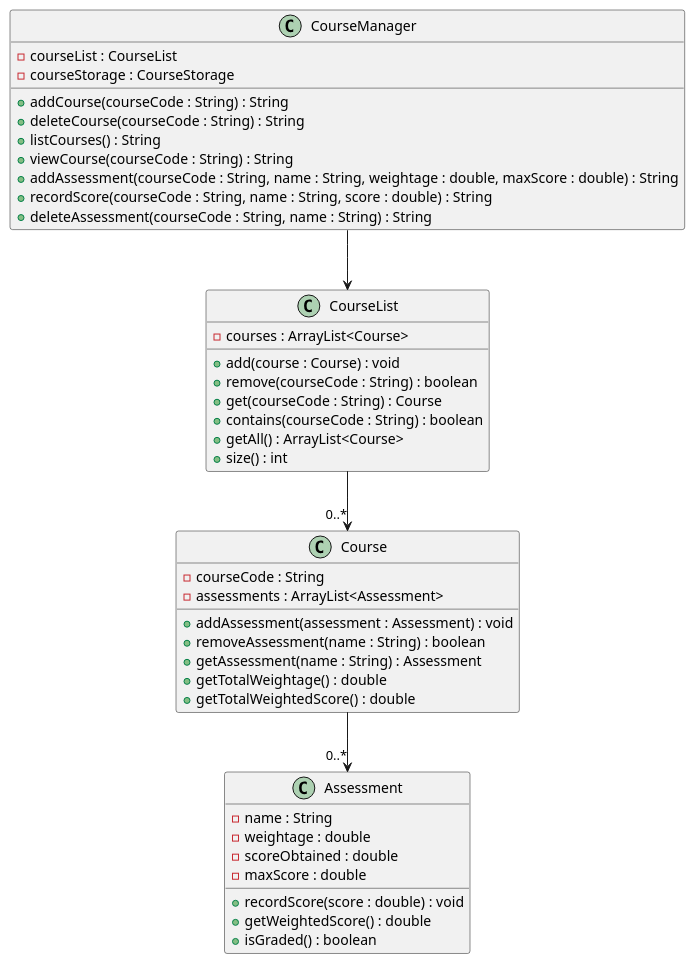
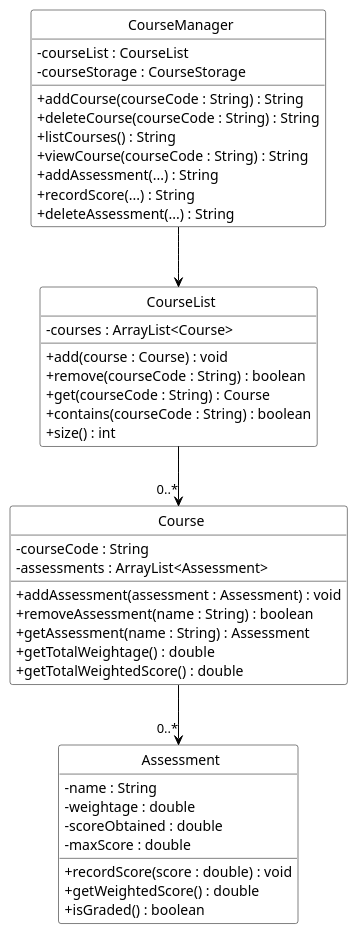
One commit to AY2526S2-CS2113-T14-3/tp changed the diagram in docs/puml/CourseClassDiagram.puml. Above: the diagram before and after it, drawn with PlantUML.

Commit message:
Refactor Course class diagram for improved clarity and consistency

```diff
--- a/docs/puml/CourseClassDiagram.puml
+++ b/docs/puml/CourseClassDiagram.puml
@@ -1,49 +1,56 @@
 @startuml
+skinparam classAttributeIconSize 0
+skinparam CircledCharacterFontSize 0
+skinparam CircledCharacterRadius 0
+skinparam class {
+    BackgroundColor White
+    BorderColor Black
+    ArrowColor Black
+}
 
-class CourseManager {
+class "CourseManager" as CourseManager {
     - courseList : CourseList
     - courseStorage : CourseStorage
     + addCourse(courseCode : String) : String
     + deleteCourse(courseCode : String) : String
     + listCourses() : String
     + viewCourse(courseCode : String) : String
-    + addAssessment(courseCode : String, name : String, weightage : double, maxScore : double) : String
-    + recordScore(courseCode : String, name : String, score : double) : String
-    + deleteAssessment(courseCode : String, name : String) : String
+    + addAssessment(...) : String
+    + recordScore(...) : String
+    + deleteAssessment(...) : String
 }
 
-class CourseList {
+class "CourseList" as CourseList {
     - courses : ArrayList<Course>
     + add(course : Course) : void
     + remove(courseCode : String) : boolean
     + get(courseCode : String) : Course
     + contains(courseCode : String) : boolean
-    + getAll() : ArrayList<Course>
     + size() : int
 }
 
-class Course {
+class "Course" as Course {
     - courseCode : String
     - assessments : ArrayList<Assessment>
     + addAssessment(assessment : Assessment) : void
     + removeAssessment(name : String) : boolean
     + getAssessment(name : String) : Assessment
     + getTotalWeightage() : double
     + getTotalWeightedScore() : double
 }
 
-class Assessment {
+class "Assessment" as Assessment {
     - name : String
     - weightage : double
     - scoreObtained : double
     - maxScore : double
     + recordScore(score : double) : void
     + getWeightedScore() : double
     + isGraded() : boolean
 }
 
 CourseManager --> CourseList
 CourseList --> "0..*" Course
 Course --> "0..*" Assessment
 
 @enduml
```
